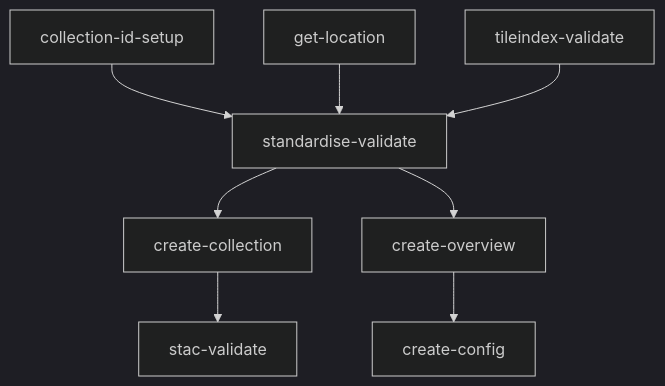
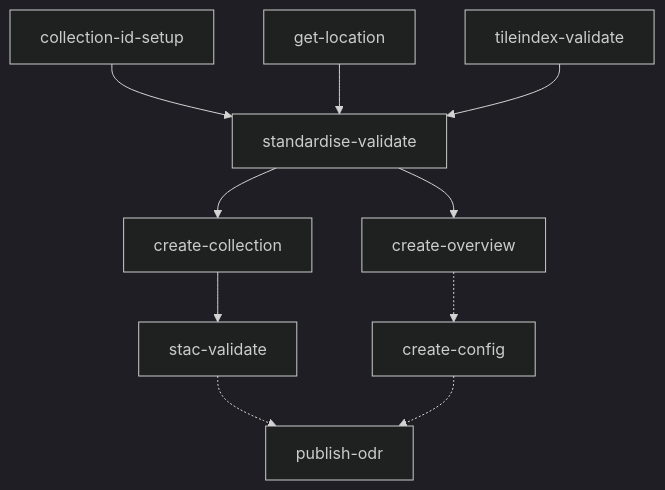
One commit to linz/topo-workflows changed the first of 3 diagrams in workflows/raster/README.md. Above: the diagram before and after it, drawn with Mermaid (dark theme). The commit also changed other lines of this file, not shown here.

Commit message:
docs: update mermaid

````diff
--- a/workflows/raster/README.md
+++ b/workflows/raster/README.md
@@ -117,10 +117,10 @@
 ```mermaid
 graph TD;
     collection-id-setup-->standardise-validate;
     get-location-->standardise-validate;
     tileindex-validate-->standardise-validate;
     standardise-validate-->create-collection;
     standardise-validate-->create-overview;
-    create-collection-->stac-validate;
-    create-overview-->create-config;
+    create-collection-->stac-validate-.->publish-odr;
+    create-overview-.->create-config-.->publish-odr;
 ```
````
